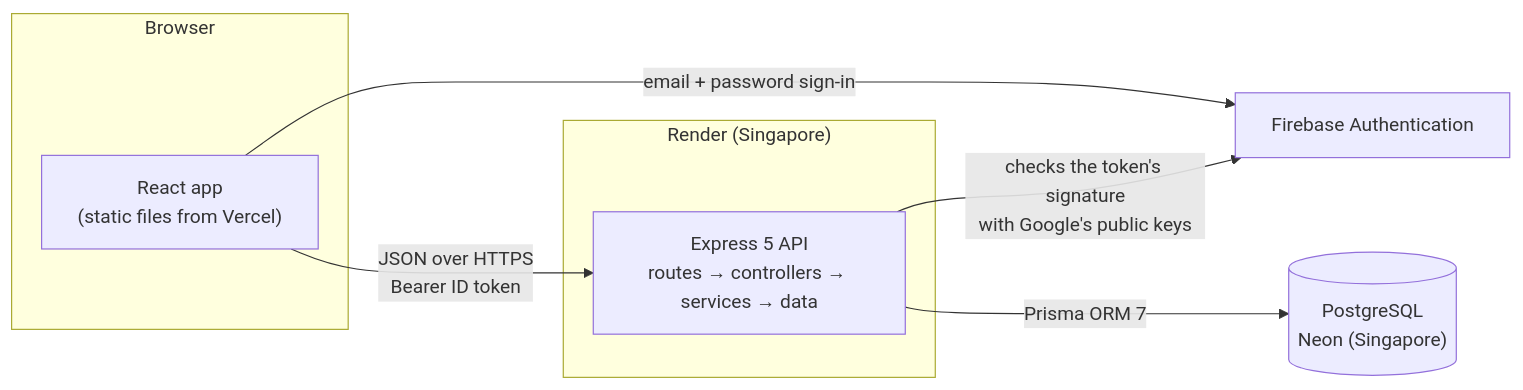
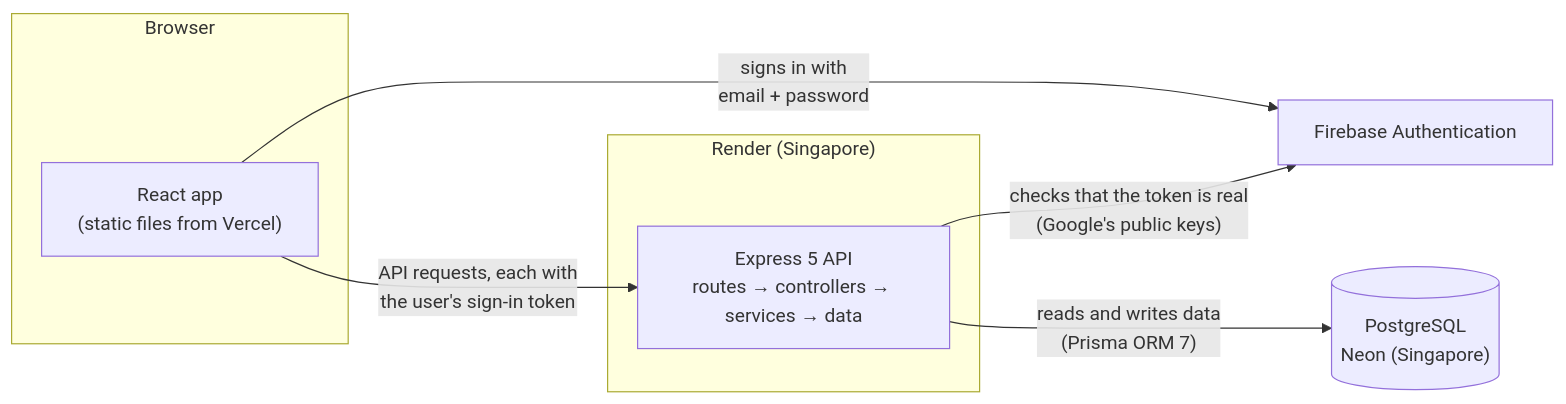
The diagram in README.md (ericswork/volunteer-shift-board), drawn with Mermaid before and after one commit. The commit also changed other lines of this file, not shown here.

````diff
--- a/README.md
+++ b/README.md
@@ -42,16 +44,16 @@
 ```mermaid
 flowchart LR
   subgraph Browser
     SPA["React app<br/>(static files from Vercel)"]
   end
   Firebase["Firebase Authentication"]
   subgraph Render["Render (Singapore)"]
     API["Express 5 API<br/>routes → controllers → services → data"]
   end
   DB[("PostgreSQL<br/>Neon (Singapore)")]
 
-  SPA -- "email + password sign-in" --> Firebase
-  SPA -- "JSON over HTTPS<br/>Bearer ID token" --> API
-  API -- "checks the token's signature<br/>with Google's public keys" --> Firebase
-  API -- "Prisma ORM 7" --> DB
+  SPA -- "signs in with<br/>email + password" --> Firebase
+  SPA -- "API requests, each with<br/>the user's sign-in token" --> API
+  API -- "checks that the token is real<br/>(Google's public keys)" --> Firebase
+  API -- "reads and writes data<br/>(Prisma ORM 7)" --> DB
 ```
````
